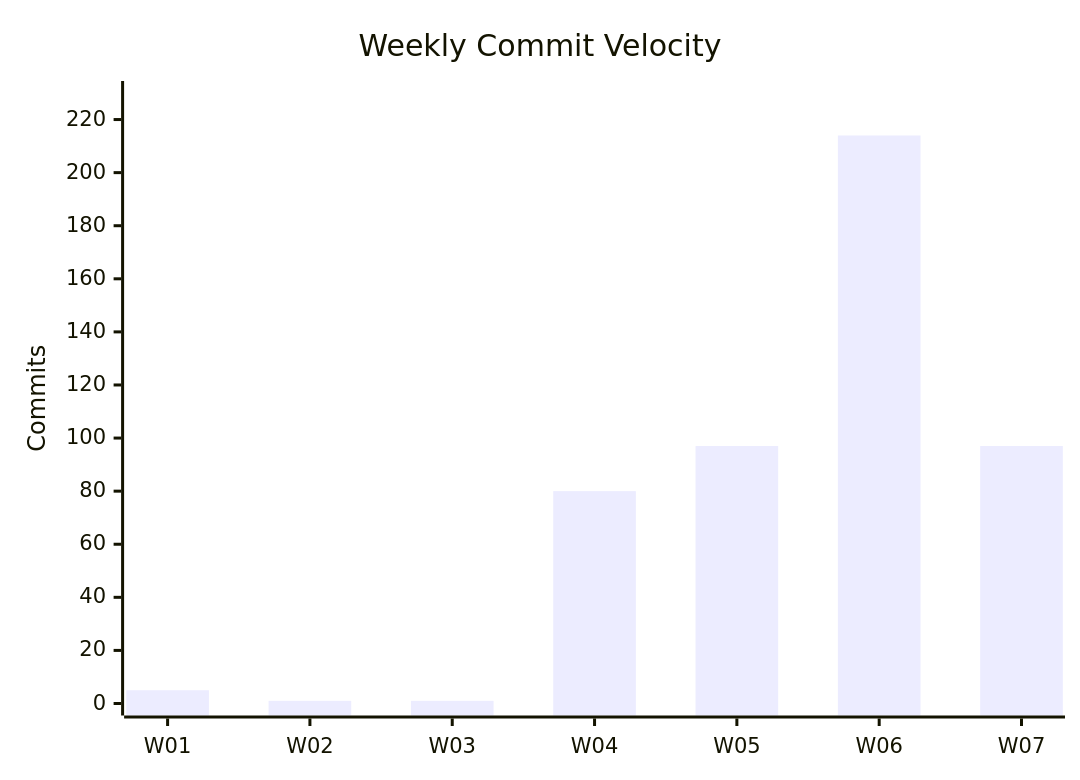
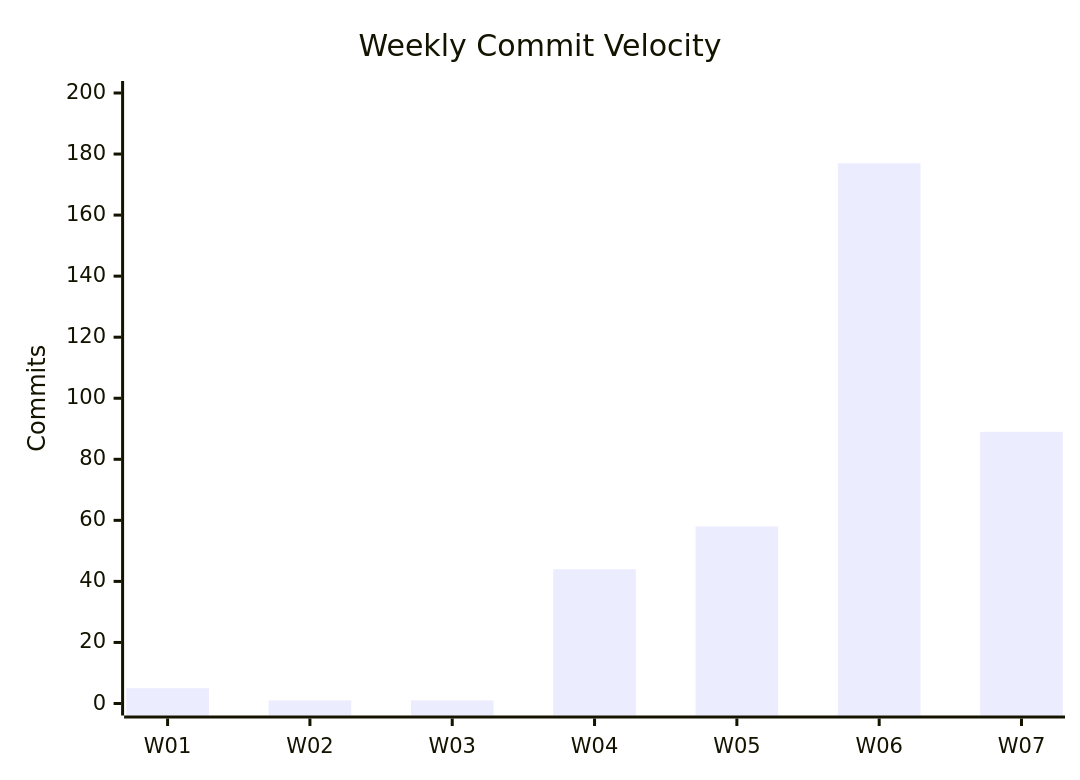
The first of 4 diagrams in code-stats.md (fusion94/fusion94), drawn with Mermaid before and after one commit. The commit also changed other lines of this file and 2 other files, not shown here.

````diff
--- a/code-stats.md
+++ b/code-stats.md
@@ -65,7 +52,7 @@
 ```mermaid
 xychart-beta
     title "Weekly Commit Velocity"
     x-axis ["W01", "W02", "W03", "W04", "W05", "W06", "W07"]
-    y-axis "Commits" 0 --> 230
-    bar [5, 1, 1, 80, 97, 214, 97]
+    y-axis "Commits" 0 --> 200
+    bar [5, 1, 1, 44, 58, 177, 89]
 ```
````
